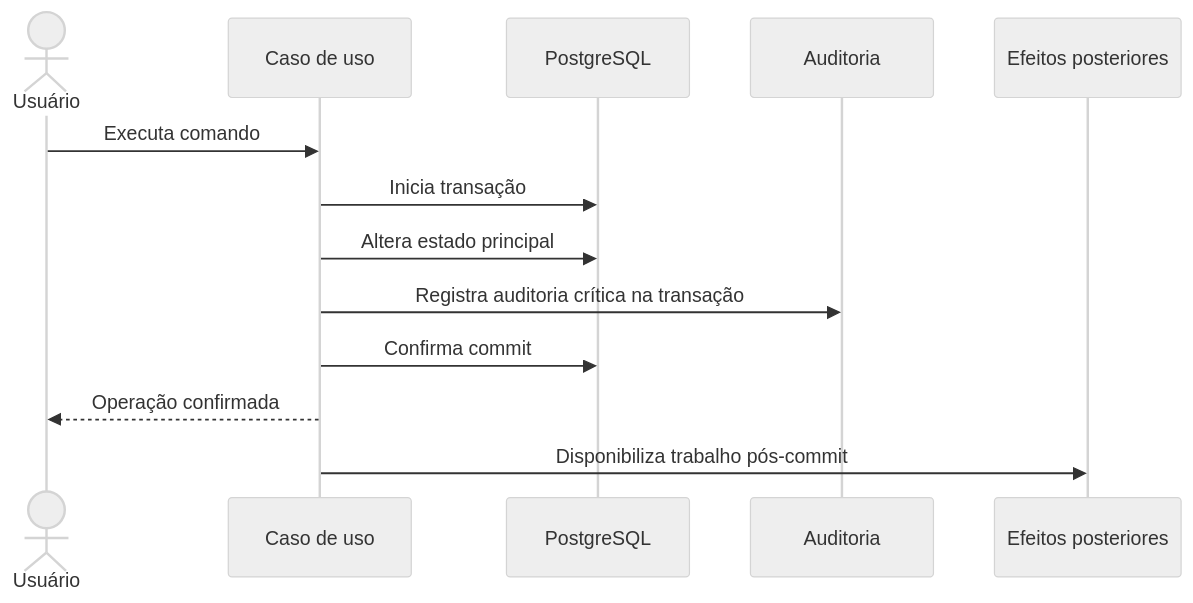
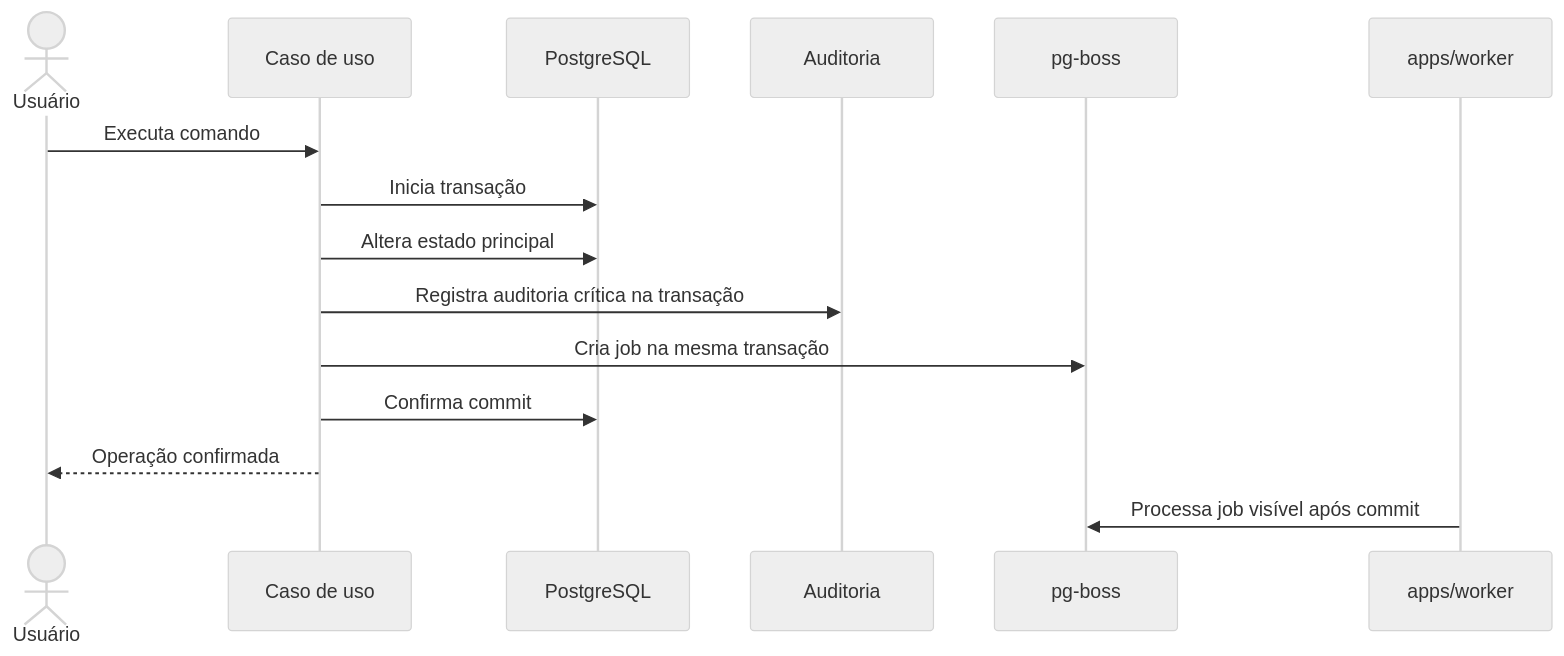
The second of 2 diagrams in docs/architecture/backend/modules-and-dependencies.md (KogaKleins/Concentus), drawn with Mermaid (neutral theme) before and after one commit. The commit also changed 4 other files, not shown here.

````diff
--- a/docs/architecture/backend/modules-and-dependencies.md
+++ b/docs/architecture/backend/modules-and-dependencies.md
@@ -67,15 +67,17 @@
 ```mermaid
 sequenceDiagram
     actor U as Usuário
     participant C as Caso de uso
     participant DB as PostgreSQL
     participant A as Auditoria
-    participant J as Efeitos posteriores
+    participant Q as pg-boss
+    participant W as apps/worker
     U->>C: Executa comando
     C->>DB: Inicia transação
     C->>DB: Altera estado principal
     C->>A: Registra auditoria crítica na transação
+    C->>Q: Cria job na mesma transação
     C->>DB: Confirma commit
     C-->>U: Operação confirmada
-    C->>J: Disponibiliza trabalho pós-commit
+    W->>Q: Processa job visível após commit
 ```
````
